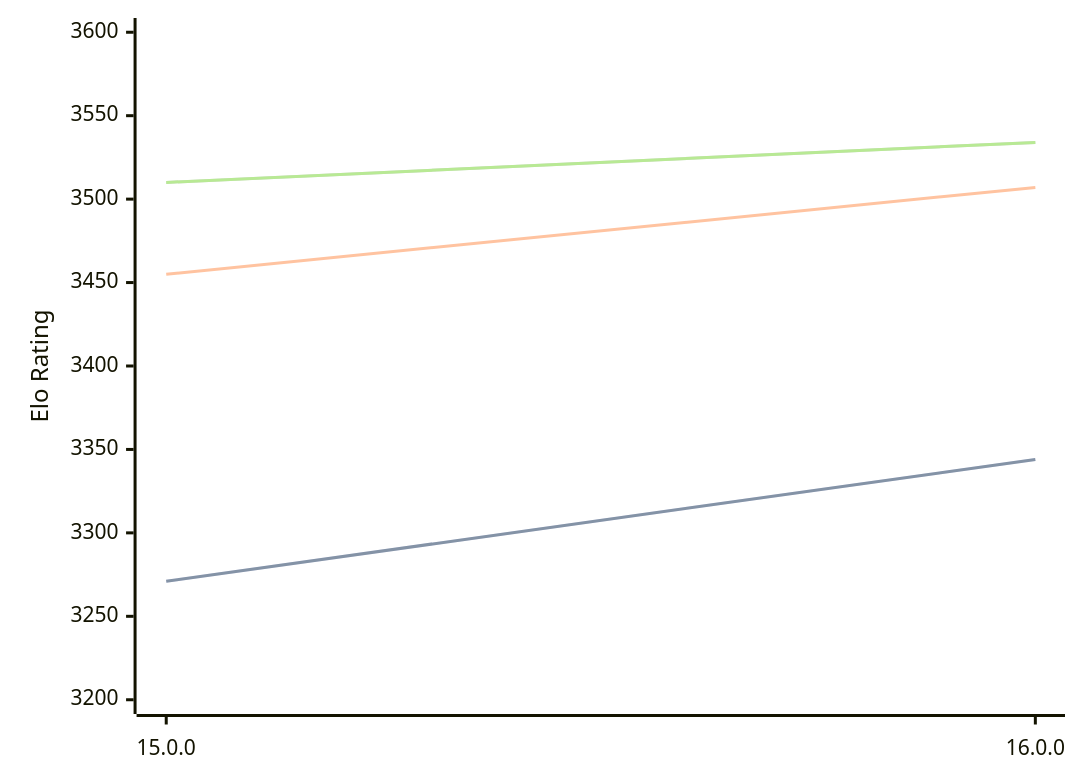
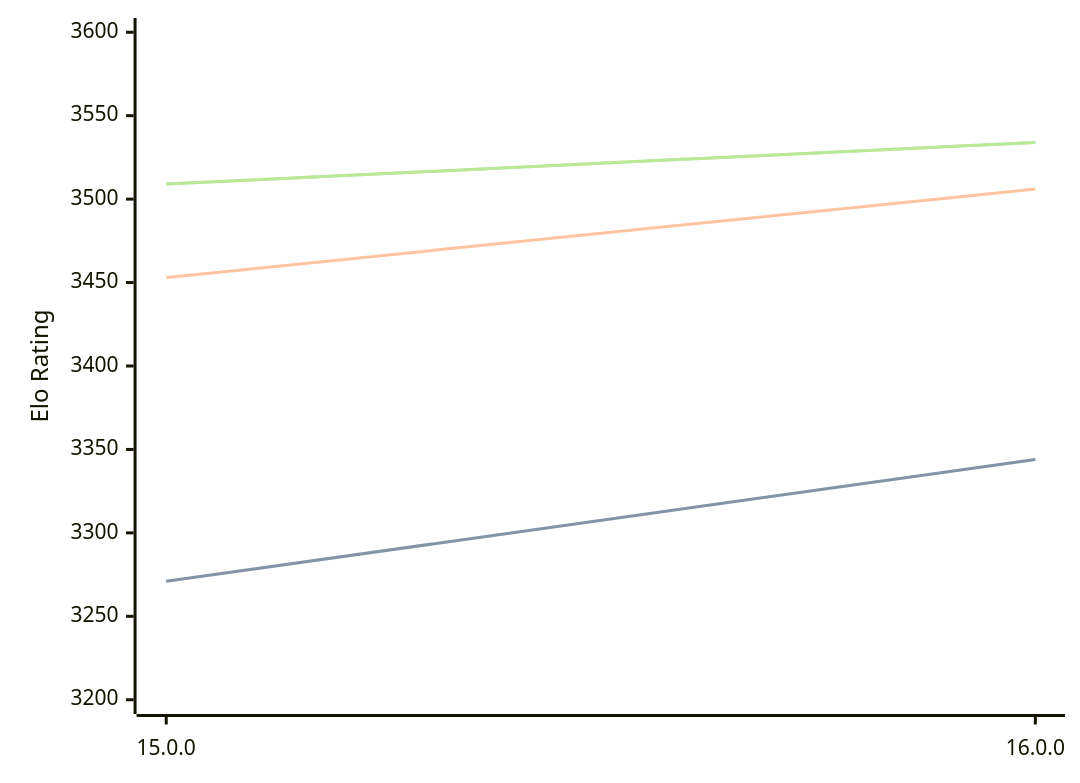
Before and after one commit to computer-chess-index/cci: the diagram in engines/Halogen.md, drawn with Mermaid. The commit also changed other lines of this file, not shown here.

Commit message:
Update CCI Ratings (ELO VLTC) - 2026-06-12

````diff
--- a/engines/Halogen.md
+++ b/engines/Halogen.md
@@ -50,11 +50,11 @@
 ```mermaid
 %%{init: {"theme":"base","themeVariables":{"seriesColors:['#a3a3a3','#222221','#faa371']}}}%%
 xychart-beta
   x-axis ["15.0.0", "16.0.0"]
   y-axis "Elo Rating" 3200 --> 3600
   line "STC (8.0+0.08s)" [3271, 3344]
   line "STC (8.0+0.08s)" [3271, 3344]
-  line "LTC (60.0+0.60s)" [3455, 3507]
-  line "VLTC (2m24s+1.12s)" [3510, 3534]
-  line "VLTC (2m24s+1.12s)" [3510, 3534]
+  line "LTC (60.0+0.60s)" [3453, 3506]
+  line "VLTC (2m24s+1.12s)" [3509, 3534]
+  line "VLTC (2m24s+1.12s)" [3509, 3534]
 ```
````
